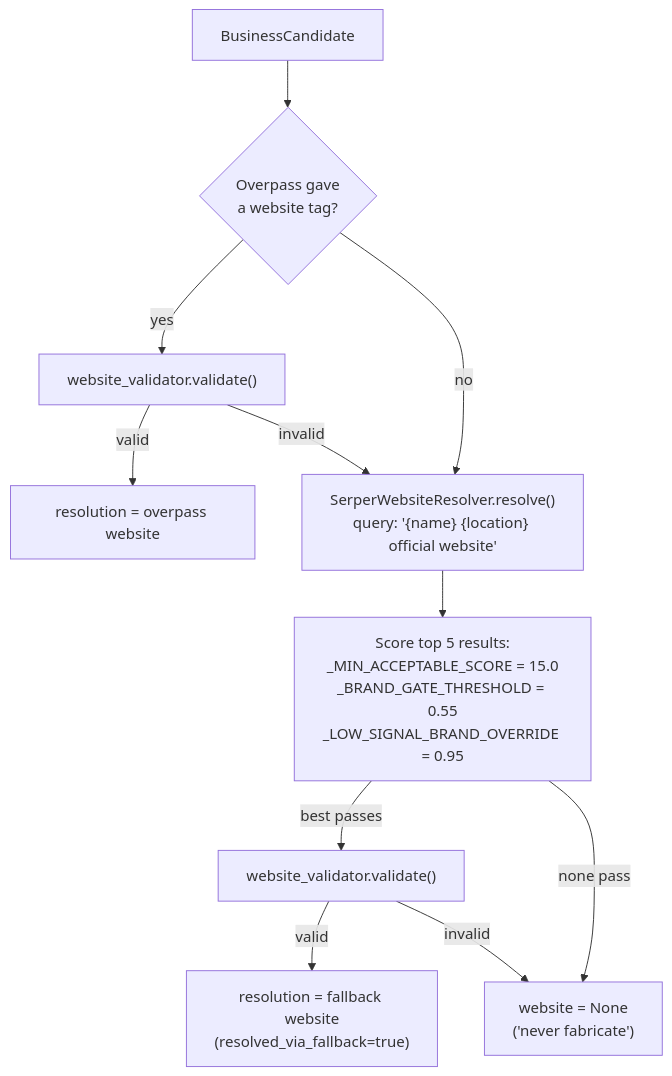
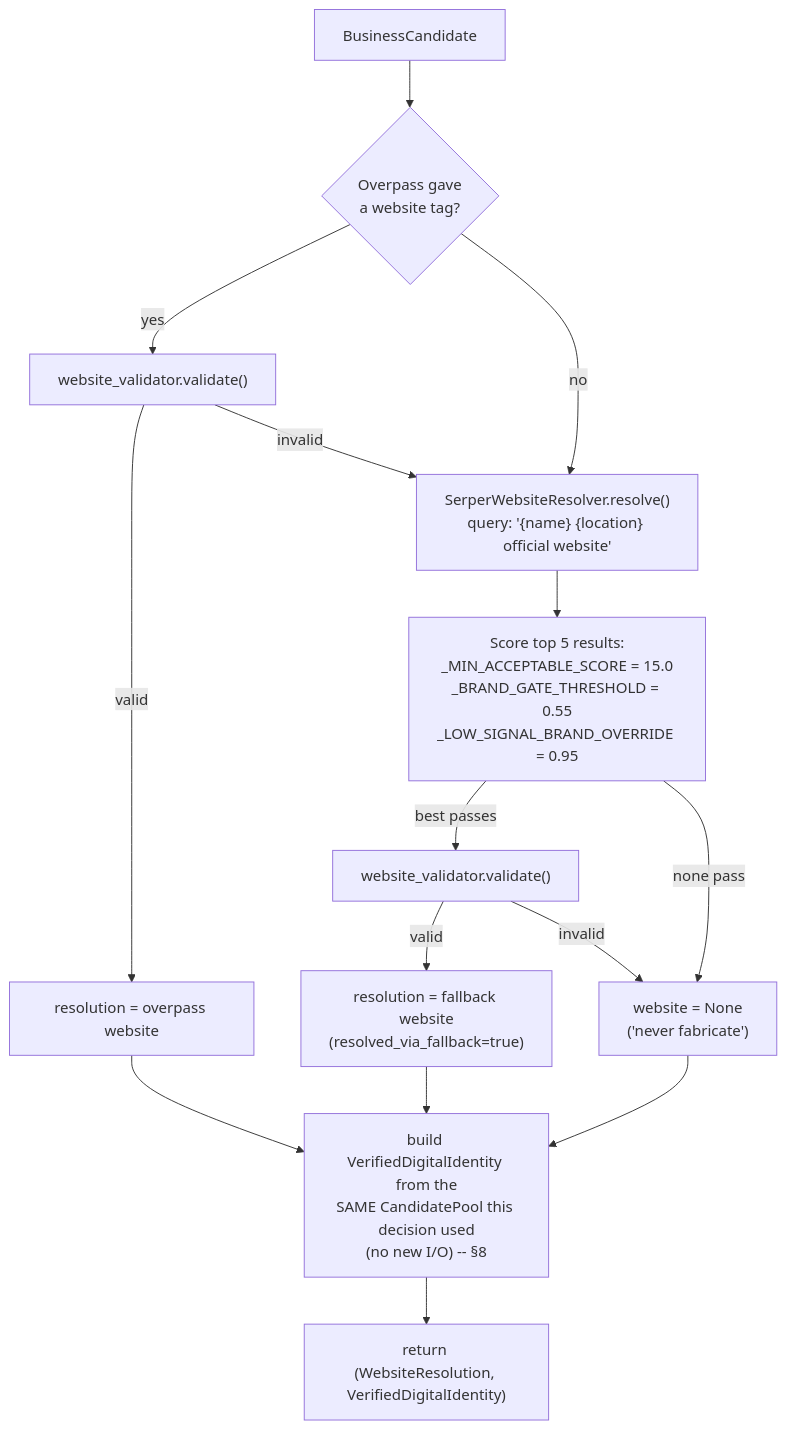
One commit to anupamkr1708/LeadBoost-saas changed the seventh of 16 diagrams in backend/docs/ARCHITECTURE_FULL.md. Above: the diagram before and after it, drawn with Mermaid. The commit also changed other lines of this file and 45 other files, not shown here.

````diff
--- a/backend/docs/ARCHITECTURE_FULL.md
+++ b/backend/docs/ARCHITECTURE_FULL.md
@@ -448,13 +474,15 @@
 ```mermaid
 flowchart TD
     CAND[BusinessCandidate] --> HAS{"Overpass gave<br/>a website tag?"}
     HAS -- yes --> VAL1["website_validator.validate()"]
     VAL1 -- valid --> OK["resolution = overpass website"]
     VAL1 -- invalid --> FB
     HAS -- no --> FB["SerperWebsiteResolver.resolve()<br/>query: '{name} {location} official website'"]
     FB --> SCORE["Score top 5 results:<br/>_MIN_ACCEPTABLE_SCORE = 15.0<br/>_BRAND_GATE_THRESHOLD = 0.55<br/>_LOW_SIGNAL_BRAND_OVERRIDE = 0.95"]
     SCORE -- best passes --> VAL2["website_validator.validate()"]
     VAL2 -- valid --> OK2["resolution = fallback website<br/>(resolved_via_fallback=true)"]
     SCORE -- none pass --> NONE["website = None<br/>('never fabricate')"]
     VAL2 -- invalid --> NONE
+    OK & OK2 & NONE --> IDENT["build VerifiedDigitalIdentity from the<br/>SAME CandidatePool this decision used<br/>(no new I/O) -- §8"]
+    IDENT --> RET["return (WebsiteResolution, VerifiedDigitalIdentity)"]
 ```
````
